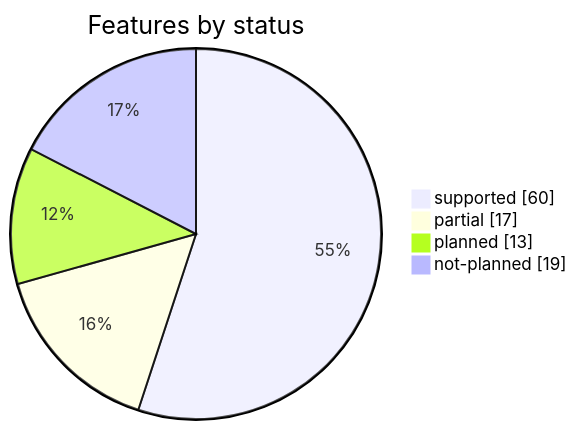
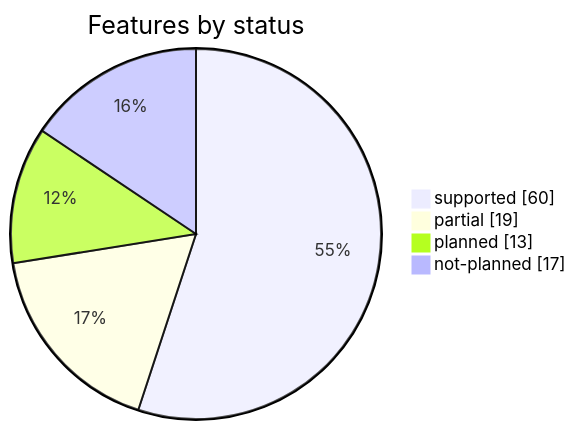
One commit to rafaelvieiras/tinyfin changed the second of 2 diagrams in docs/COVERAGE.md. Above: the diagram before and after it, drawn with Mermaid. The commit also changed other lines of this file and 34 other files, not shown here.

````diff
--- a/docs/COVERAGE.md
+++ b/docs/COVERAGE.md
@@ -45,7 +45,7 @@
 ```mermaid
 pie showData title Features by status
     "supported" : 60
-    "partial" : 17
+    "partial" : 19
     "planned" : 13
-    "not-planned" : 19
+    "not-planned" : 17
 ```
````
